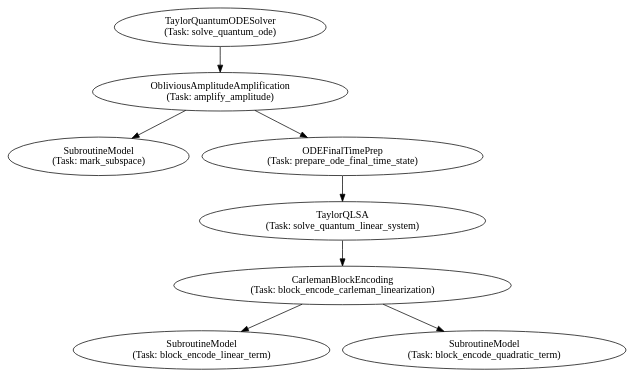
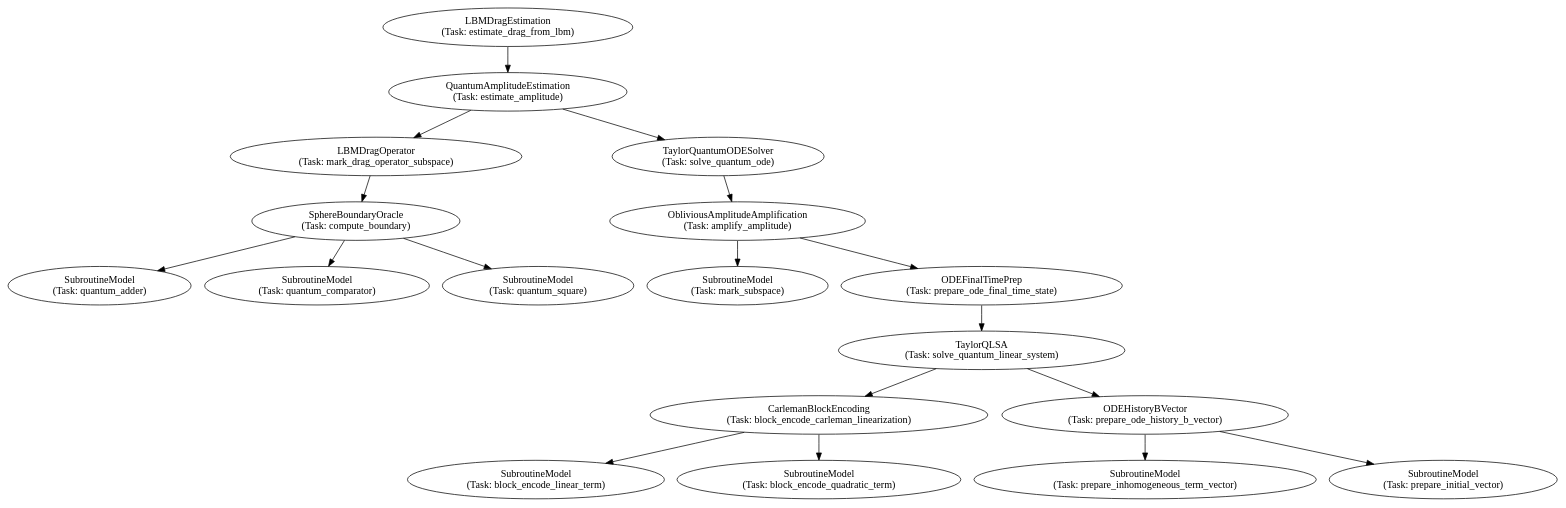
Before and after one commit to zapatacomputing/qsub: the diagram in examples/quantum_algorithms/Digraph.gv, drawn with Graphviz. The commit also changed 5 other files, not shown here.

Commit message:
Added b vector and input state subroutines for linear systems and added drag estimation subroutines and example file

```diff
--- a/examples/quantum_algorithms/Digraph.gv
+++ b/examples/quantum_algorithms/Digraph.gv
@@ -1,26 +1,56 @@
 // Subroutines Hierarchy
 digraph {
+	LBMDragEstimation_estimate_drag_from_lbm [label="LBMDragEstimation
+(Task: estimate_drag_from_lbm)"]
+	QuantumAmplitudeEstimation_estimate_amplitude [label="QuantumAmplitudeEstimation
+(Task: estimate_amplitude)"]
+	LBMDragEstimation_estimate_drag_from_lbm -> QuantumAmplitudeEstimation_estimate_amplitude
+	LBMDragOperator_mark_drag_operator_subspace [label="LBMDragOperator
+(Task: mark_drag_operator_subspace)"]
+	QuantumAmplitudeEstimation_estimate_amplitude -> LBMDragOperator_mark_drag_operator_subspace
+	SphereBoundaryOracle_compute_boundary [label="SphereBoundaryOracle
+(Task: compute_boundary)"]
+	LBMDragOperator_mark_drag_operator_subspace -> SphereBoundaryOracle_compute_boundary
+	SubroutineModel_quantum_adder [label="SubroutineModel
+(Task: quantum_adder)"]
+	SphereBoundaryOracle_compute_boundary -> SubroutineModel_quantum_adder
+	SubroutineModel_quantum_comparator [label="SubroutineModel
+(Task: quantum_comparator)"]
+	SphereBoundaryOracle_compute_boundary -> SubroutineModel_quantum_comparator
+	SubroutineModel_quantum_square [label="SubroutineModel
+(Task: quantum_square)"]
+	SphereBoundaryOracle_compute_boundary -> SubroutineModel_quantum_square
 	TaylorQuantumODESolver_solve_quantum_ode [label="TaylorQuantumODESolver
 (Task: solve_quantum_ode)"]
+	QuantumAmplitudeEstimation_estimate_amplitude -> TaylorQuantumODESolver_solve_quantum_ode
 	ObliviousAmplitudeAmplification_amplify_amplitude [label="ObliviousAmplitudeAmplification
 (Task: amplify_amplitude)"]
 	TaylorQuantumODESolver_solve_quantum_ode -> ObliviousAmplitudeAmplification_amplify_amplitude
 	SubroutineModel_mark_subspace [label="SubroutineModel
 (Task: mark_subspace)"]
 	ObliviousAmplitudeAmplification_amplify_amplitude -> SubroutineModel_mark_subspace
 	ODEFinalTimePrep_prepare_ode_final_time_state [label="ODEFinalTimePrep
 (Task: prepare_ode_final_time_state)"]
 	ObliviousAmplitudeAmplification_amplify_amplitude -> ODEFinalTimePrep_prepare_ode_final_time_state
 	TaylorQLSA_solve_quantum_linear_system [label="TaylorQLSA
 (Task: solve_quantum_linear_system)"]
 	ODEFinalTimePrep_prepare_ode_final_time_state -> TaylorQLSA_solve_quantum_linear_system
 	CarlemanBlockEncoding_block_encode_carleman_linearization [label="CarlemanBlockEncoding
 (Task: block_encode_carleman_linearization)"]
 	TaylorQLSA_solve_quantum_linear_system -> CarlemanBlockEncoding_block_encode_carleman_linearization
 	SubroutineModel_block_encode_linear_term [label="SubroutineModel
 (Task: block_encode_linear_term)"]
 	CarlemanBlockEncoding_block_encode_carleman_linearization -> SubroutineModel_block_encode_linear_term
 	SubroutineModel_block_encode_quadratic_term [label="SubroutineModel
 (Task: block_encode_quadratic_term)"]
 	CarlemanBlockEncoding_block_encode_carleman_linearization -> SubroutineModel_block_encode_quadratic_term
+	ODEHistoryBVector_prepare_ode_history_b_vector [label="ODEHistoryBVector
+(Task: prepare_ode_history_b_vector)"]
+	TaylorQLSA_solve_quantum_linear_system -> ODEHistoryBVector_prepare_ode_history_b_vector
+	SubroutineModel_prepare_inhomogeneous_term_vector [label="SubroutineModel
+(Task: prepare_inhomogeneous_term_vector)"]
+	ODEHistoryBVector_prepare_ode_history_b_vector -> SubroutineModel_prepare_inhomogeneous_term_vector
+	SubroutineModel_prepare_initial_vector [label="SubroutineModel
+(Task: prepare_initial_vector)"]
+	ODEHistoryBVector_prepare_ode_history_b_vector -> SubroutineModel_prepare_initial_vector
 }
```
